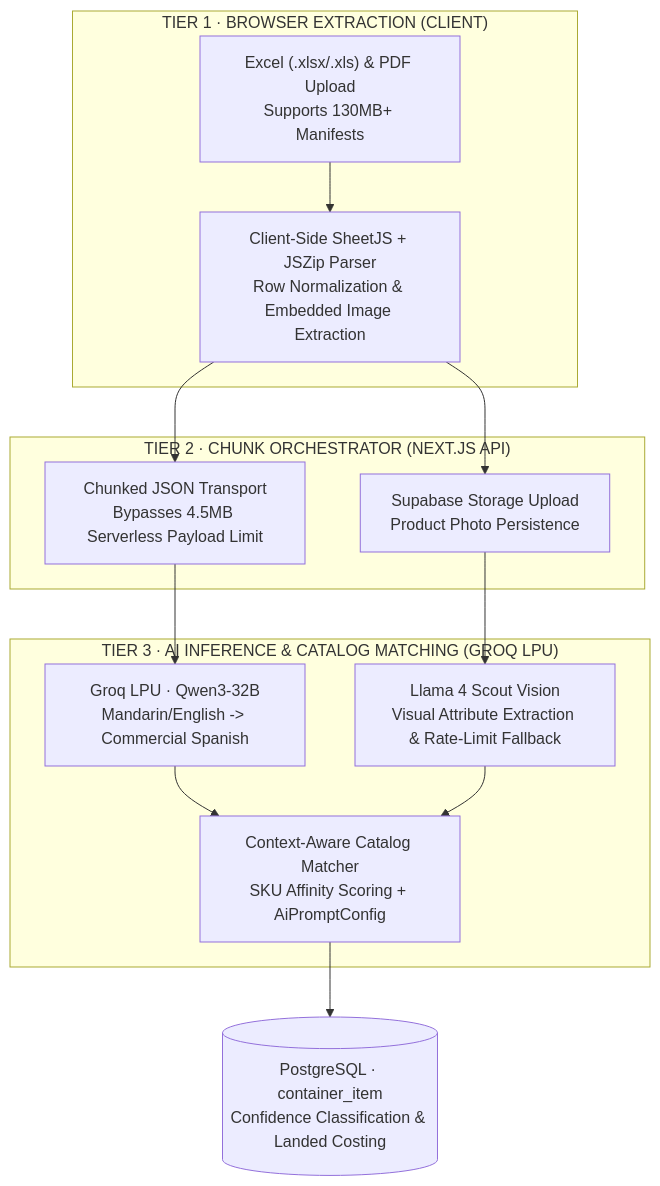
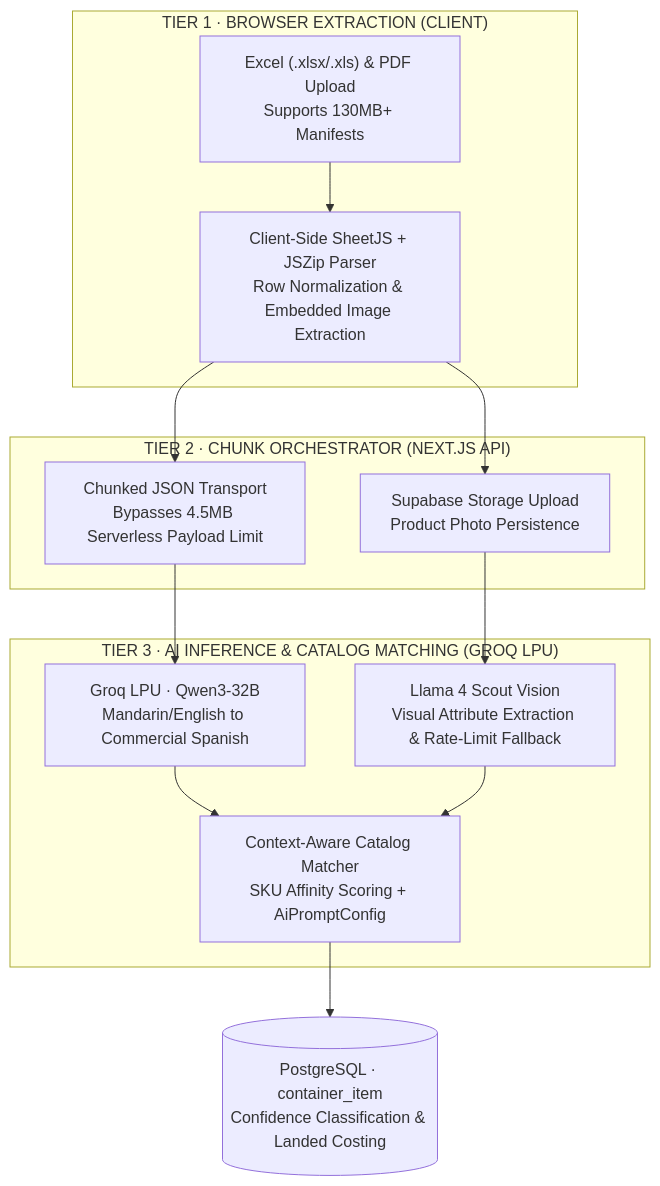
The seventh of 8 diagrams in README.md (jesusjosezapata99-jpg/Cendaro), drawn with Mermaid before and after one commit. The commit also changed other lines of this file, not shown here.

Commit message:
docs: update README diagrams

````diff
--- a/README.md
+++ b/README.md
@@ -650,26 +650,26 @@
 ```mermaid
 flowchart TB
   subgraph T1["TIER 1 · BROWSER EXTRACTION (CLIENT)"]
     A1["Excel (.xlsx/.xls) & PDF Upload<br/>Supports 130MB+ Manifests"]
     A2["Client-Side SheetJS + JSZip Parser<br/>Row Normalization & Embedded Image Extraction"]
   end
 
   subgraph T2["TIER 2 · CHUNK ORCHESTRATOR (NEXT.JS API)"]
     B1["Chunked JSON Transport<br/>Bypasses 4.5MB Serverless Payload Limit"]
     B2["Supabase Storage Upload<br/>Product Photo Persistence"]
   end
 
   subgraph T3["TIER 3 · AI INFERENCE & CATALOG MATCHING (GROQ LPU)"]
-    C1["Groq LPU · Qwen3-32B<br/>Mandarin/English -> Commercial Spanish"]
+    C1["Groq LPU · Qwen3-32B<br/>Mandarin/English to Commercial Spanish"]
     C2["Llama 4 Scout Vision<br/>Visual Attribute Extraction & Rate-Limit Fallback"]
     C3["Context-Aware Catalog Matcher<br/>SKU Affinity Scoring + AiPromptConfig"]
   end
 
   DB[("PostgreSQL · container_item<br/>Confidence Classification & Landed Costing")]
 
   A1 --> A2 --> B1
   A2 --> B2
   B1 --> C1 --> C3
   B2 --> C2 --> C3
   C3 --> DB
 ```
````
